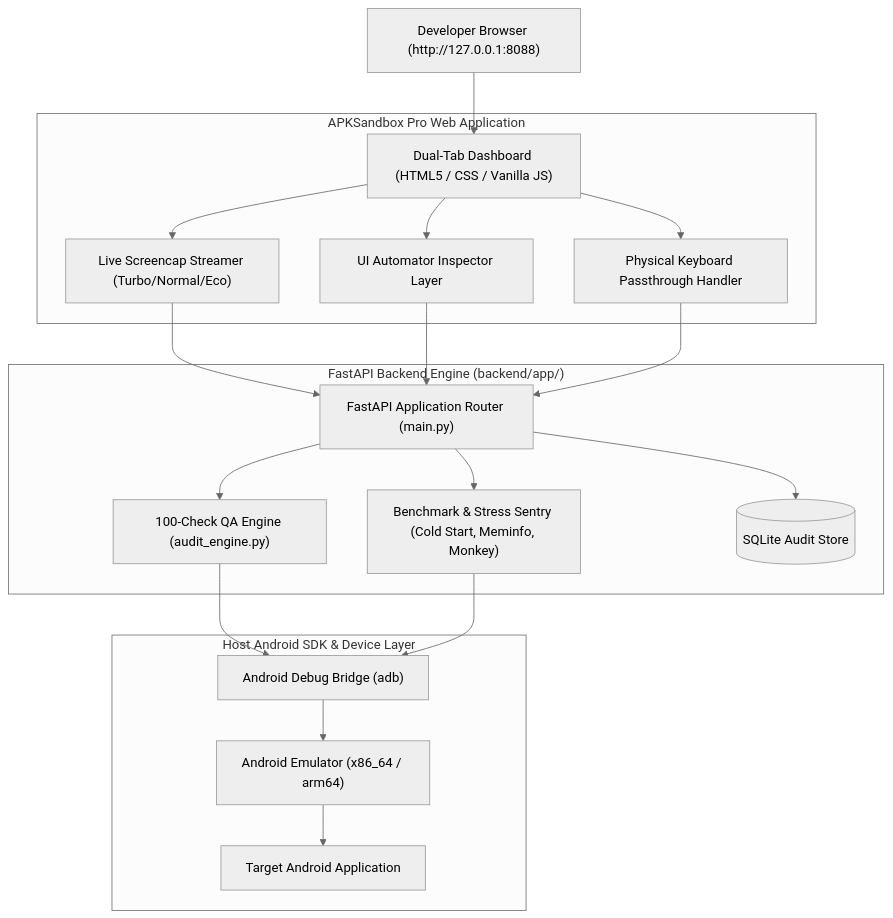
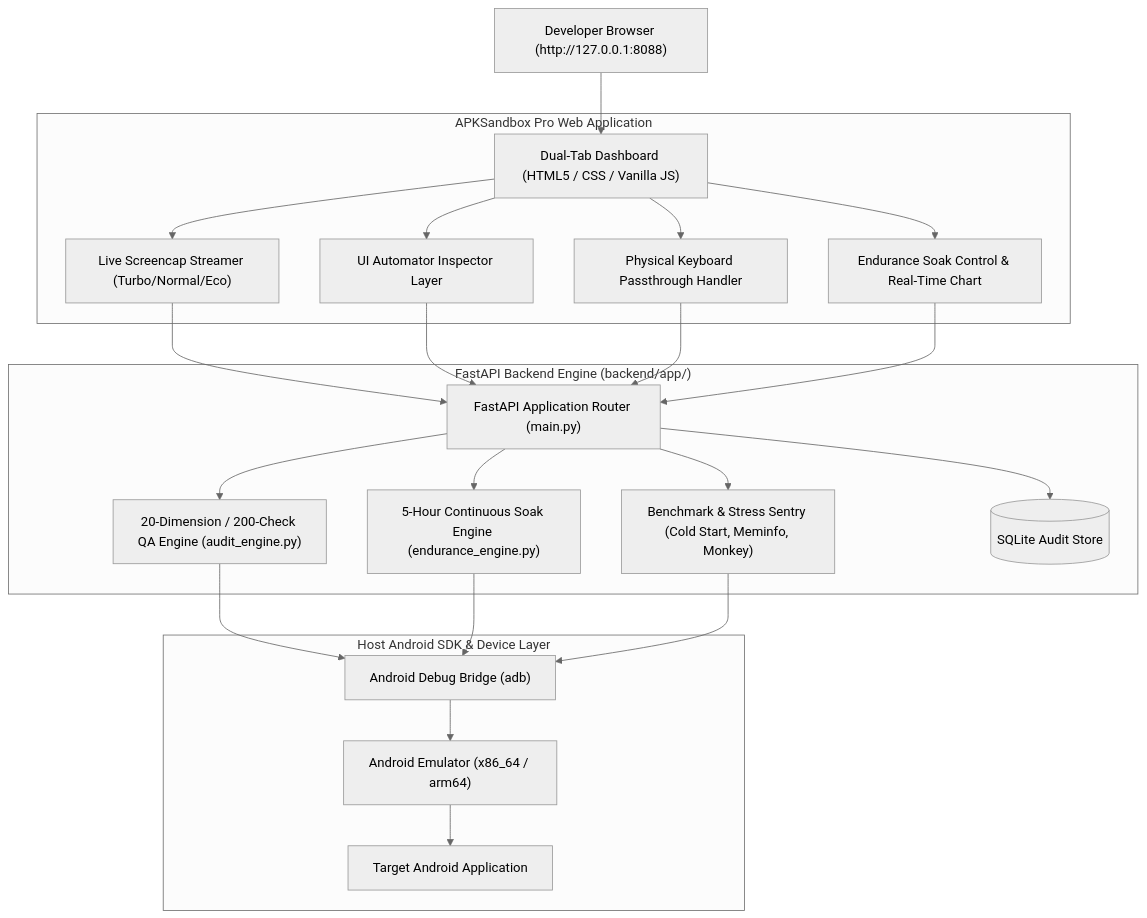
One commit to chetan15994-alt/apksandbox-pro changed the diagram in README.md. Above: the diagram before and after it, drawn with Mermaid (neutral theme). The commit also changed other lines of this file and 5 other files, not shown here.

Commit message:
feat: expand to 20 parallel autonomous testers (200 checks) and continuous 5-hour endurance testing engine

````diff
--- a/README.md
+++ b/README.md
@@ -45,39 +63,45 @@
 ```mermaid
 flowchart TD
     User["Developer Browser (http://127.0.0.1:8088)"]
     
     subgraph WebApp["APKSandbox Pro Web Application"]
         UI["Dual-Tab Dashboard (HTML5 / CSS / Vanilla JS)"]
         Stream["Live Screencap Streamer (Turbo/Normal/Eco)"]
         Inspector["UI Automator Inspector Layer"]
         KB["Physical Keyboard Passthrough Handler"]
+        EnduranceUI["Endurance Soak Control & Real-Time Chart"]
     end
     
     subgraph Backend["FastAPI Backend Engine (backend/app/)"]
         Router["FastAPI Application Router (main.py)"]
-        AuditEngine["100-Check QA Engine (audit_engine.py)"]
+        AuditEngine["20-Dimension / 200-Check QA Engine (audit_engine.py)"]
+        EnduranceEngine["5-Hour Continuous Soak Engine (endurance_engine.py)"]
         Bench["Benchmark & Stress Sentry (Cold Start, Meminfo, Monkey)"]
         DB[(SQLite Audit Store)]
     end
     
     subgraph AndroidEnv["Host Android SDK & Device Layer"]
         ADB["Android Debug Bridge (adb)"]
         Emulator["Android Emulator (x86_64 / arm64)"]
         DeviceApp["Target Android Application"]
     end
 
     User --> UI
     UI --> Stream
     UI --> Inspector
     UI --> KB
+    UI --> EnduranceUI
     Stream --> Router
     Inspector --> Router
     KB --> Router
+    EnduranceUI --> Router
     Router --> AuditEngine
+    Router --> EnduranceEngine
     Router --> Bench
     Router --> DB
     AuditEngine --> ADB
+    EnduranceEngine --> ADB
     Bench --> ADB
     ADB --> Emulator
     Emulator --> DeviceApp
 ```
````
